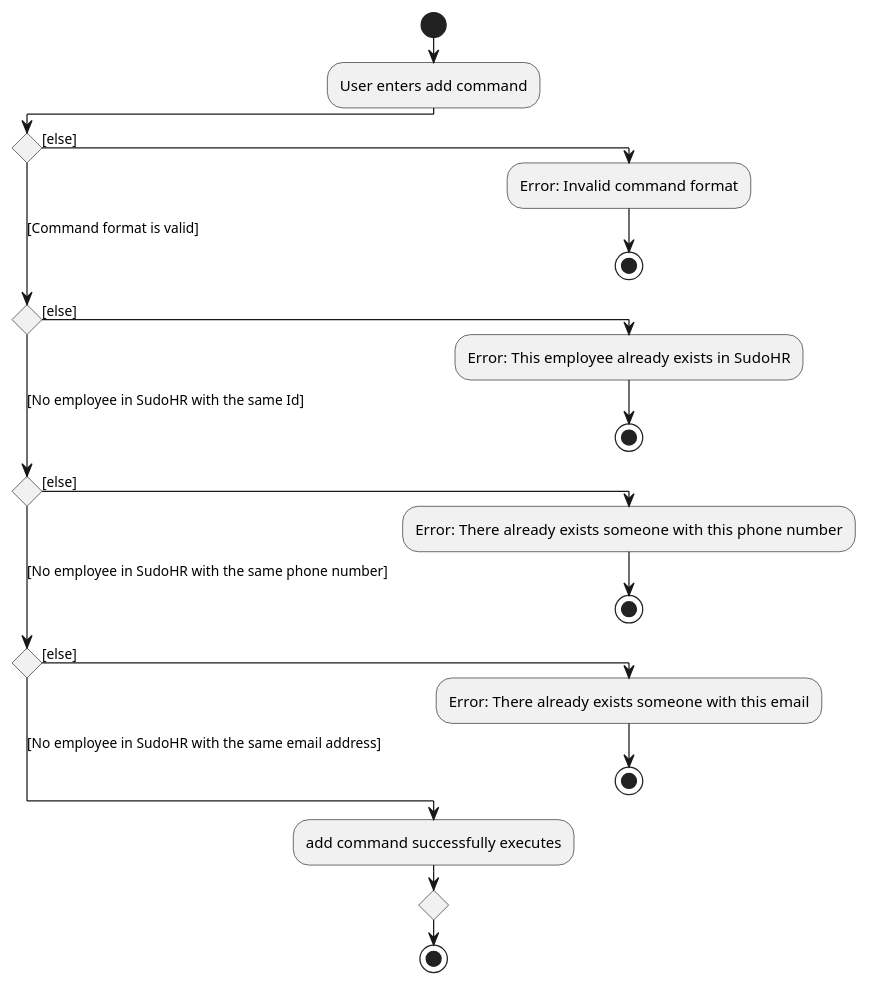
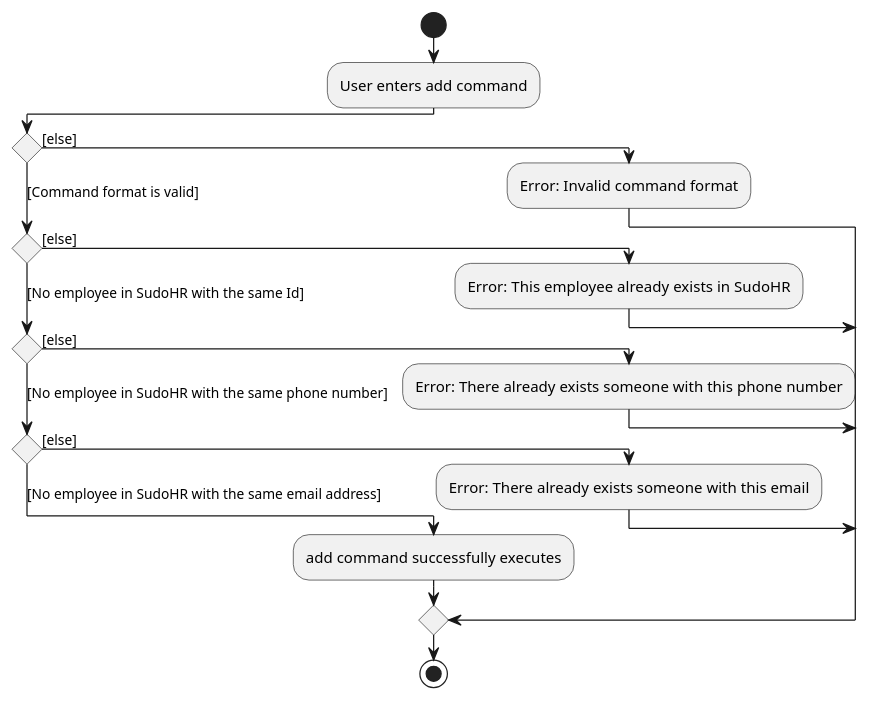
Before and after one commit to nus-cs2103-AY2223S2/tp: the diagram in docs/diagrams/commands/employee/AddEmployeeActivityDiagram.puml, drawn with PlantUML. The commit also changed 4 other files, not shown here.

Commit message:
Update diagrams

```diff
--- a/docs/diagrams/commands/employee/AddEmployeeActivityDiagram.puml
+++ b/docs/diagrams/commands/employee/AddEmployeeActivityDiagram.puml
@@ -1,23 +1,23 @@
 @startuml
 !pragma useVerticalIf on
 start
 :User enters add command;
 if () then ([else])
   :Error: Invalid command format;
-  stop
+
 ([Command format is valid]) elseif () then ([else])
   :Error: This employee already exists in SudoHR;
-  stop
+
 ([No employee in SudoHR with the same Id]) elseif () then ([else])
   :Error: There already exists someone with this phone number;
-  stop
+
 ([No employee in SudoHR with the same phone number]) elseif () then ([else])
   :Error: There already exists someone with this email;
-  stop
 
 else ([No employee in SudoHR with the same email address])
   :add command successfully executes;
-  endif
+
+endif
 stop
 
 @enduml
```
